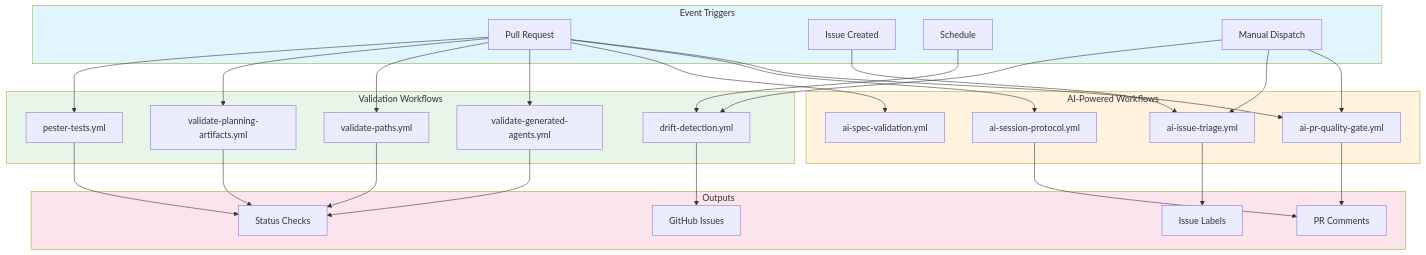
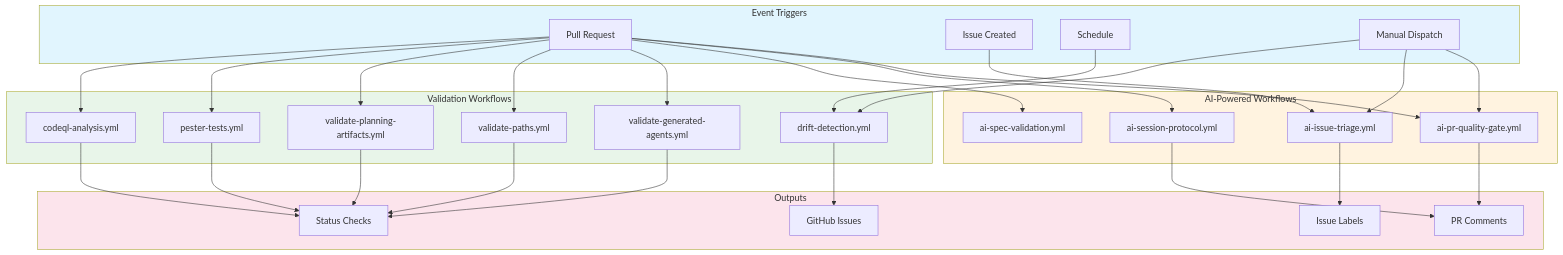
Before and after one commit to rjmurillo/ai-agents: the first of 7 diagrams in .github/AGENTS.md, drawn with Mermaid. The commit also changed other lines of this file and 5 other files, not shown here.

First line of the commit message:
feat(codeql): add analysis and integration test workflows with documentation

````diff
--- a/.github/AGENTS.md
+++ b/.github/AGENTS.md
@@ -11,61 +11,64 @@
 ```mermaid
 flowchart TD
     subgraph Triggers["Event Triggers"]
         PR[Pull Request]
         ISS[Issue Created]
         SCH[Schedule]
         MAN[Manual Dispatch]
     end
 
     subgraph AIWorkflows["AI-Powered Workflows"]
         QG[ai-pr-quality-gate.yml]
         IT[ai-issue-triage.yml]
         SP[ai-session-protocol.yml]
         SV[ai-spec-validation.yml]
     end
 
     subgraph ValidationWorkflows["Validation Workflows"]
         DD[drift-detection.yml]
         VG[validate-generated-agents.yml]
         VP[validate-paths.yml]
         VPA[validate-planning-artifacts.yml]
         PT[pester-tests.yml]
+        CQ[codeql-analysis.yml]
     end
 
     subgraph Outputs["Outputs"]
         CMT[PR Comments]
         LBL[Issue Labels]
         ISS2[GitHub Issues]
         CHK[Status Checks]
     end
 
     PR --> QG
     PR --> SP
     PR --> SV
     PR --> VG
     PR --> VP
     PR --> VPA
     PR --> PT
+    PR --> CQ
 
     ISS --> IT
 
     SCH --> DD
 
     MAN --> QG
     MAN --> IT
     MAN --> DD
 
     QG --> CMT
     IT --> LBL
     SP --> CMT
     DD --> ISS2
     VG --> CHK
     VP --> CHK
     VPA --> CHK
     PT --> CHK
+    CQ --> CHK
 
     style Triggers fill:#e1f5fe
     style AIWorkflows fill:#fff3e0
     style ValidationWorkflows fill:#e8f5e9
     style Outputs fill:#fce4ec
 ```
````
